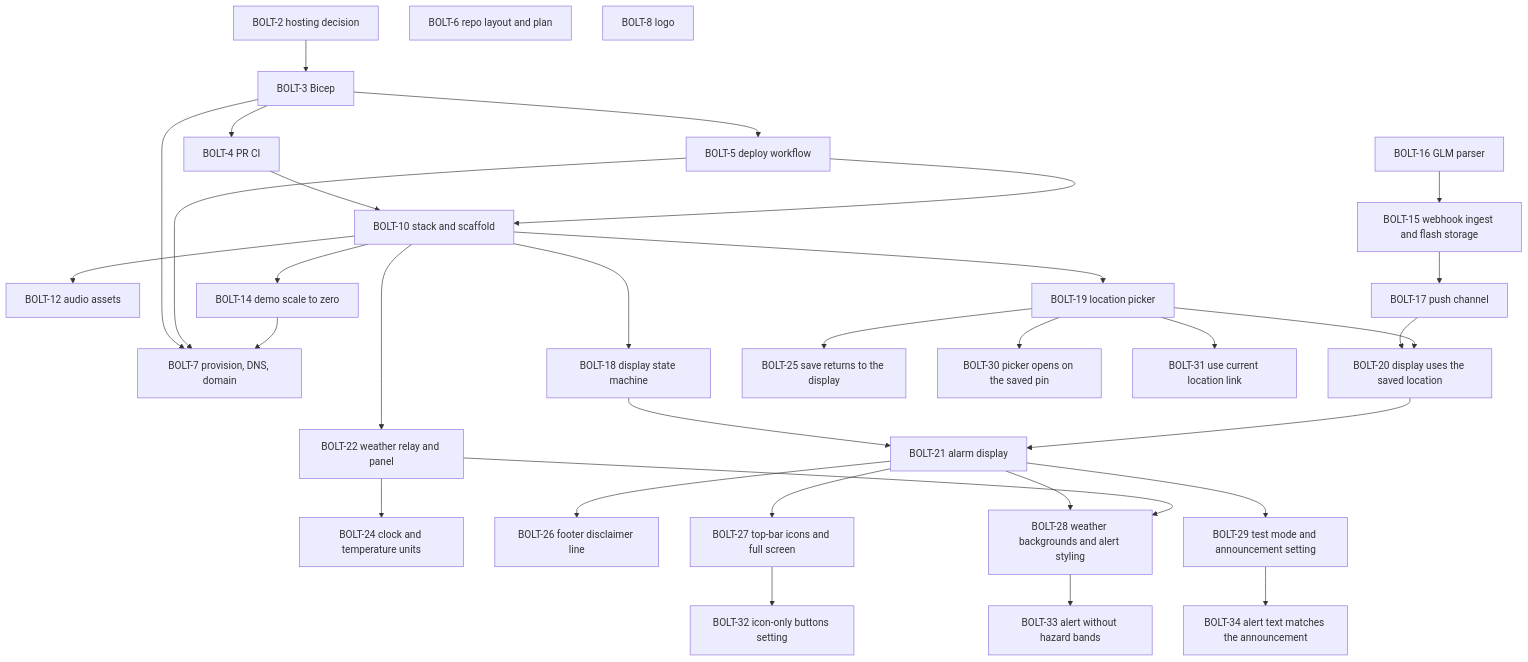
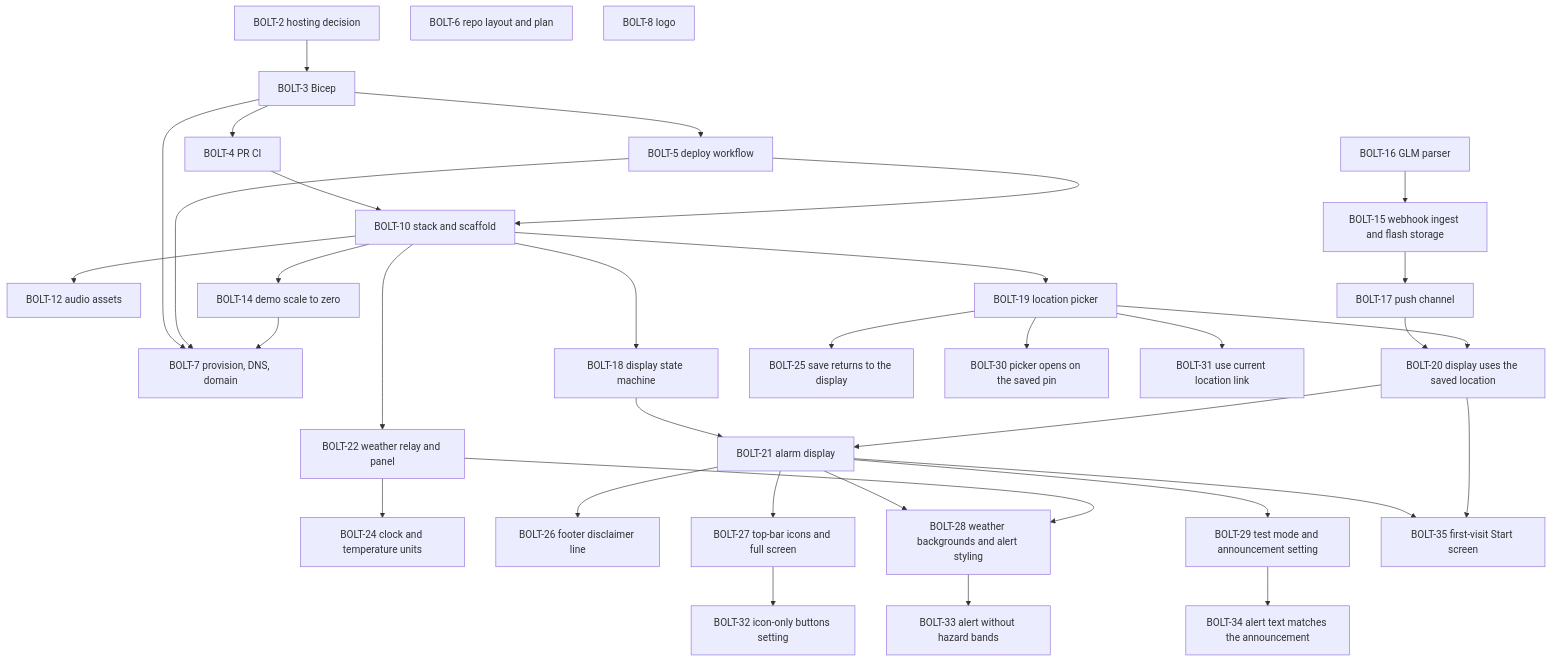
The diagram in docs/plan.md (henrique-meyer/boltclock), drawn with Mermaid before and after one commit. The commit also changed other lines of this file and 8 other files, not shown here.

First line of the commit message:
BOLT-35 First visit: Start screen offers the browser's location or the picker

````diff
--- a/docs/plan.md
+++ b/docs/plan.md
@@ -15,63 +15,66 @@
 ```mermaid
 flowchart TD
   s2[BOLT-2 hosting decision]
   s3[BOLT-3 Bicep]
   s4[BOLT-4 PR CI]
   s5[BOLT-5 deploy workflow]
   s6[BOLT-6 repo layout and plan]
   s7[BOLT-7 provision, DNS, domain]
   s8[BOLT-8 logo]
   s10[BOLT-10 stack and scaffold]
   s12[BOLT-12 audio assets]
   s14[BOLT-14 demo scale to zero]
   s15[BOLT-15 webhook ingest and flash storage]
   s16[BOLT-16 GLM parser]
   s17[BOLT-17 push channel]
   s18[BOLT-18 display state machine]
   s19[BOLT-19 location picker]
   s20[BOLT-20 display uses the saved location]
   s21[BOLT-21 alarm display]
   s22[BOLT-22 weather relay and panel]
   s24[BOLT-24 clock and temperature units]
   s25[BOLT-25 save returns to the display]
   s26[BOLT-26 footer disclaimer line]
   s27[BOLT-27 top-bar icons and full screen]
   s28[BOLT-28 weather backgrounds and alert styling]
   s30[BOLT-30 picker opens on the saved pin]
   s29[BOLT-29 test mode and announcement setting]
   s32[BOLT-32 icon-only buttons setting]
   s31[BOLT-31 use current location link]
   s33[BOLT-33 alert without hazard bands]
   s34[BOLT-34 alert text matches the announcement]
+  s35[BOLT-35 first-visit Start screen]
   s2 --> s3
   s4 --> s10
   s5 --> s10
   s3 --> s4
   s3 --> s5
   s3 --> s7
   s5 --> s7
   s10 --> s12
   s10 --> s14
   s14 --> s7
   s16 --> s15
   s15 --> s17
   s10 --> s18
   s10 --> s19
   s17 --> s20
   s19 --> s20
   s18 --> s21
   s20 --> s21
   s10 --> s22
   s22 --> s24
   s19 --> s25
   s21 --> s26
   s21 --> s27
   s21 --> s28
   s22 --> s28
   s19 --> s30
   s21 --> s29
   s27 --> s32
   s19 --> s31
   s28 --> s33
   s29 --> s34
+  s21 --> s35
+  s20 --> s35
 ```
````
